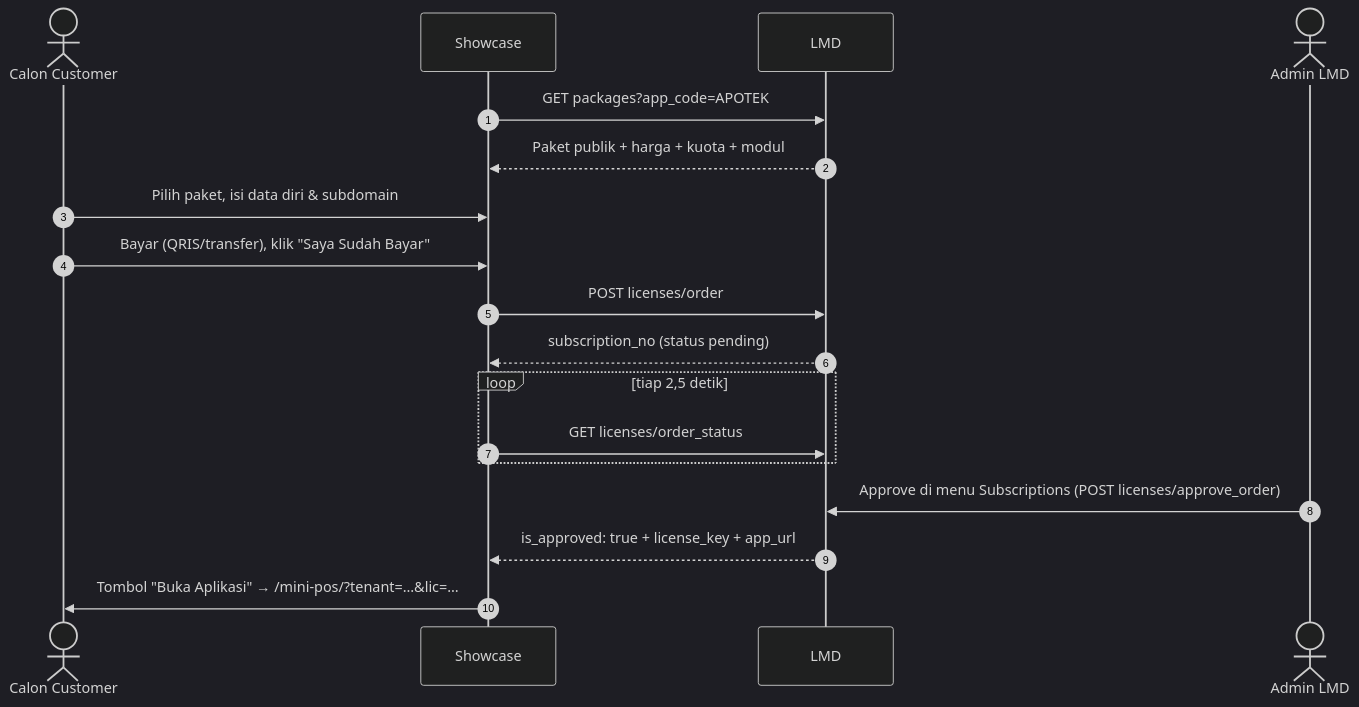
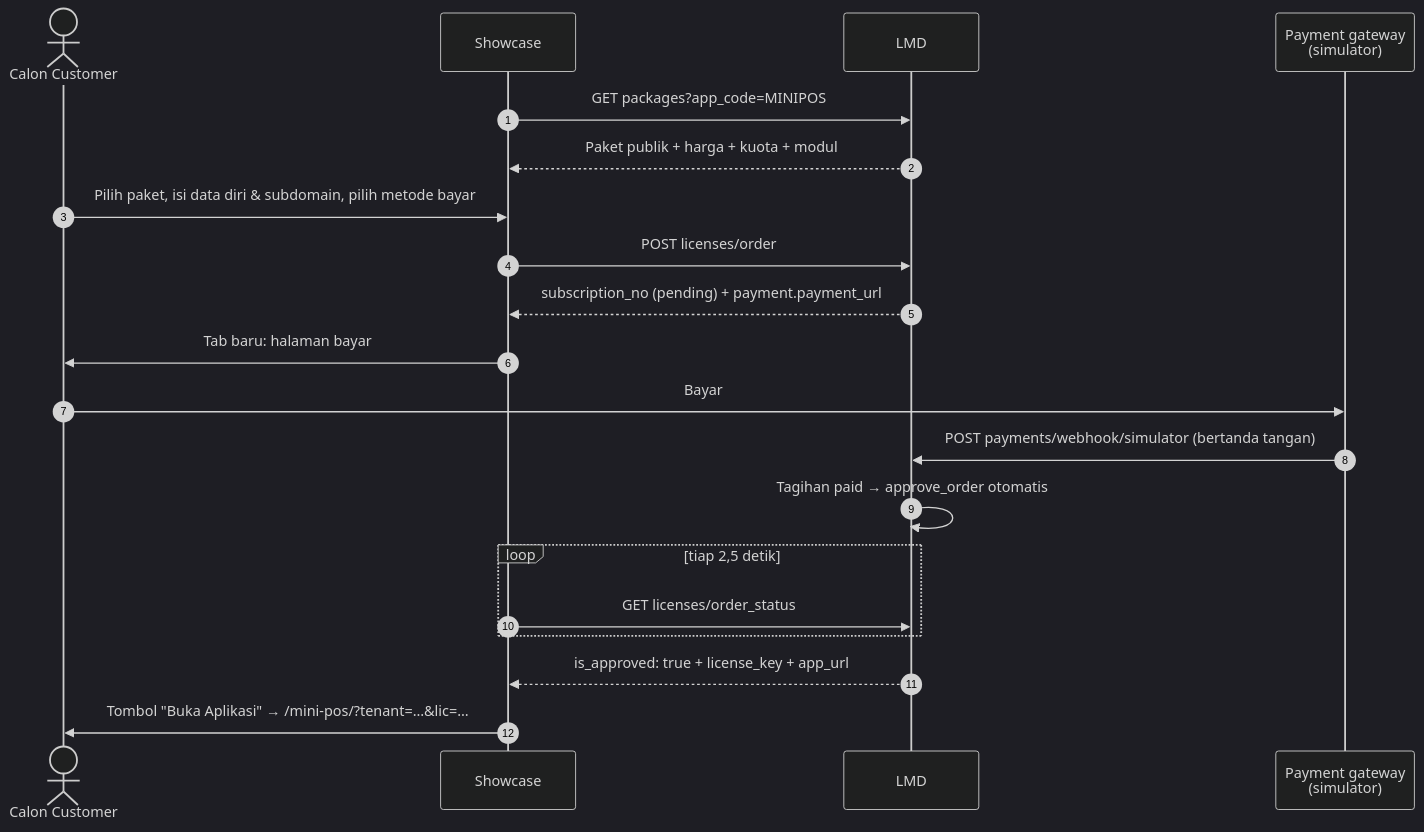
One commit to joan-hidayat/LMD changed the second of 7 diagrams in docs/EKOSISTEM_CARA_KERJA.md. Above: the diagram before and after it, drawn with Mermaid (dark theme). The commit also changed other lines of this file and 19 other files, not shown here.

First line of the commit message:
Pembayaran otomatis (simulator + webhook), ubah aplikasi, reset data, panduan simulasi integrasi (T-32)

````diff
--- a/docs/EKOSISTEM_CARA_KERJA.md
+++ b/docs/EKOSISTEM_CARA_KERJA.md
@@ -88,20 +88,22 @@
 ```mermaid
 sequenceDiagram
     autonumber
     actor C as Calon Customer
     participant S as Showcase
     participant L as LMD
-    actor A as Admin LMD
-    S->>L: GET packages?app_code=APOTEK
+    participant G as Payment gateway<br>(simulator)
+    S->>L: GET packages?app_code=MINIPOS
     L-->>S: Paket publik + harga + kuota + modul
-    C->>S: Pilih paket, isi data diri & subdomain
-    C->>S: Bayar (QRIS/transfer), klik "Saya Sudah Bayar"
+    C->>S: Pilih paket, isi data diri & subdomain, pilih metode bayar
     S->>L: POST licenses/order
-    L-->>S: subscription_no (status pending)
+    L-->>S: subscription_no (pending) + payment.payment_url
+    S->>C: Tab baru: halaman bayar
+    C->>G: Bayar
+    G->>L: POST payments/webhook/simulator (bertanda tangan)
+    L->>L: Tagihan paid → approve_order otomatis
     loop tiap 2,5 detik
         S->>L: GET licenses/order_status
     end
-    A->>L: Approve di menu Subscriptions (POST licenses/approve_order)
     L-->>S: is_approved: true + license_key + app_url
     S->>C: Tombol "Buka Aplikasi" → /mini-pos/?tenant=…&lic=…
 ```
````
